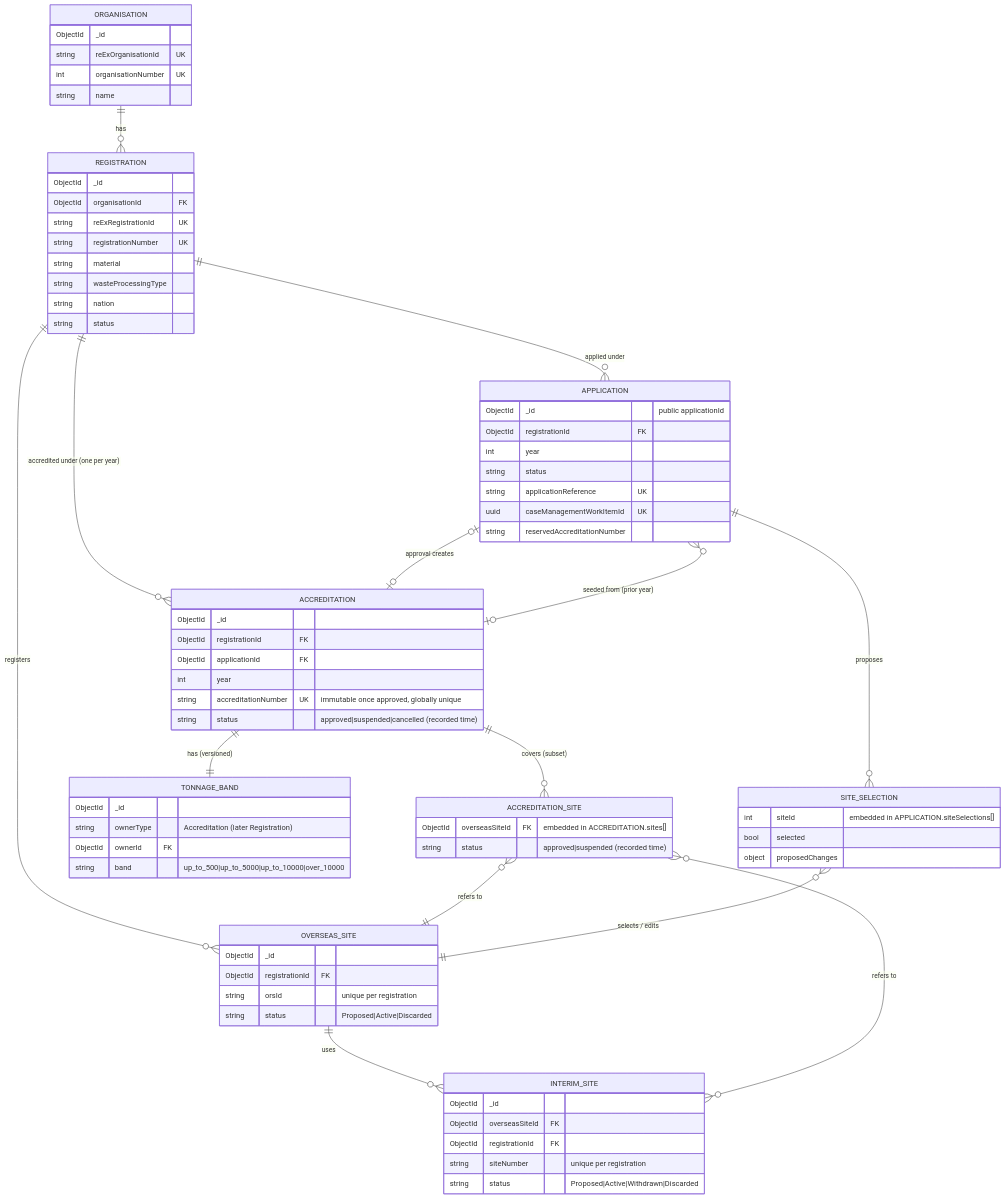
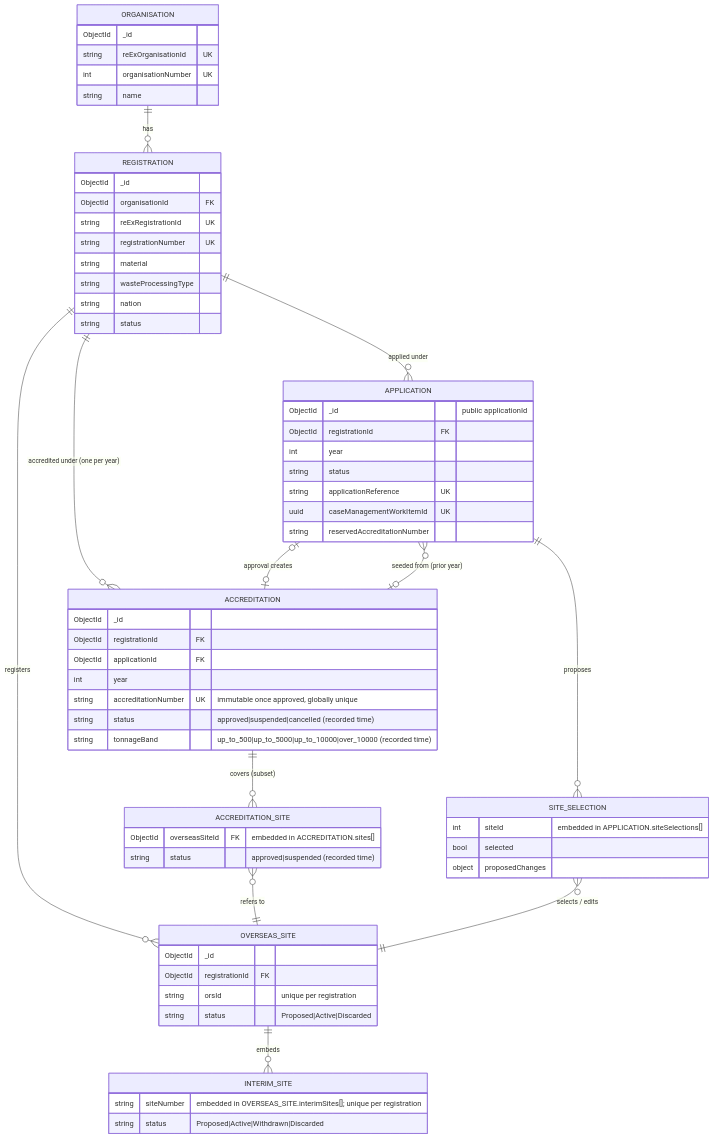
Before and after one commit to DEFRA/epr-register-enrol-backend: the first of 6 diagrams in docs/analysis/register-enrol-domain-model-design.md, drawn with Mermaid. The commit also changed other lines of this file and 2 other files, not shown here.

````diff
--- a/docs/analysis/register-enrol-domain-model-design.md
+++ b/docs/analysis/register-enrol-domain-model-design.md
@@ -336,78 +364,68 @@
 ```mermaid
 erDiagram
     ORGANISATION ||--o{ REGISTRATION : "has"
     REGISTRATION ||--o{ OVERSEAS_SITE : "registers"
-    OVERSEAS_SITE ||--o{ INTERIM_SITE : "uses"
+    OVERSEAS_SITE ||--o{ INTERIM_SITE : "embeds"
     REGISTRATION ||--o{ APPLICATION : "applied under"
     REGISTRATION ||--o{ ACCREDITATION : "accredited under (one per year)"
     APPLICATION |o--o| ACCREDITATION : "approval creates"
     ACCREDITATION ||--o{ ACCREDITATION_SITE : "covers (subset)"
-    ACCREDITATION ||--|| TONNAGE_BAND : "has (versioned)"
     ACCREDITATION_SITE }o--|| OVERSEAS_SITE : "refers to"
-    ACCREDITATION_SITE }o--o{ INTERIM_SITE : "refers to"
     APPLICATION ||--o{ SITE_SELECTION : "proposes"
     SITE_SELECTION }o--|| OVERSEAS_SITE : "selects / edits"
     APPLICATION }o--o| ACCREDITATION : "seeded from (prior year)"
 
     ORGANISATION {
         ObjectId _id
         string reExOrganisationId UK
         int organisationNumber UK
         string name
     }
     REGISTRATION {
         ObjectId _id
         ObjectId organisationId FK
         string reExRegistrationId UK
         string registrationNumber UK
         string material
         string wasteProcessingType
         string nation
         string status
     }
     OVERSEAS_SITE {
         ObjectId _id
         ObjectId registrationId FK
         string orsId "unique per registration"
         string status "Proposed|Active|Discarded"
     }
     INTERIM_SITE {
-        ObjectId _id
-        ObjectId overseasSiteId FK
-        ObjectId registrationId FK
-        string siteNumber "unique per registration"
+        string siteNumber "embedded in OVERSEAS_SITE.interimSites[]; unique per registration"
         string status "Proposed|Active|Withdrawn|Discarded"
     }
     APPLICATION {
         ObjectId _id "public applicationId"
         ObjectId registrationId FK
         int year
         string status
         string applicationReference UK
         uuid caseManagementWorkItemId UK
         string reservedAccreditationNumber
     }
     ACCREDITATION {
         ObjectId _id
         ObjectId registrationId FK
         ObjectId applicationId FK
         int year
         string accreditationNumber UK "immutable once approved, globally unique"
         string status "approved|suspended|cancelled (recorded time)"
+        string tonnageBand "up_to_500|up_to_5000|up_to_10000|over_10000 (recorded time)"
     }
     ACCREDITATION_SITE {
         ObjectId overseasSiteId FK "embedded in ACCREDITATION.sites[]"
         string status "approved|suspended (recorded time)"
-    }
-    TONNAGE_BAND {
-        ObjectId _id
-        string ownerType "Accreditation (later Registration)"
-        ObjectId ownerId FK
-        string band "up_to_500|up_to_5000|up_to_10000|over_10000"
     }
     SITE_SELECTION {
         int siteId "embedded in APPLICATION.siteSelections[]"
         bool selected
         object proposedChanges
     }
 ```
````
